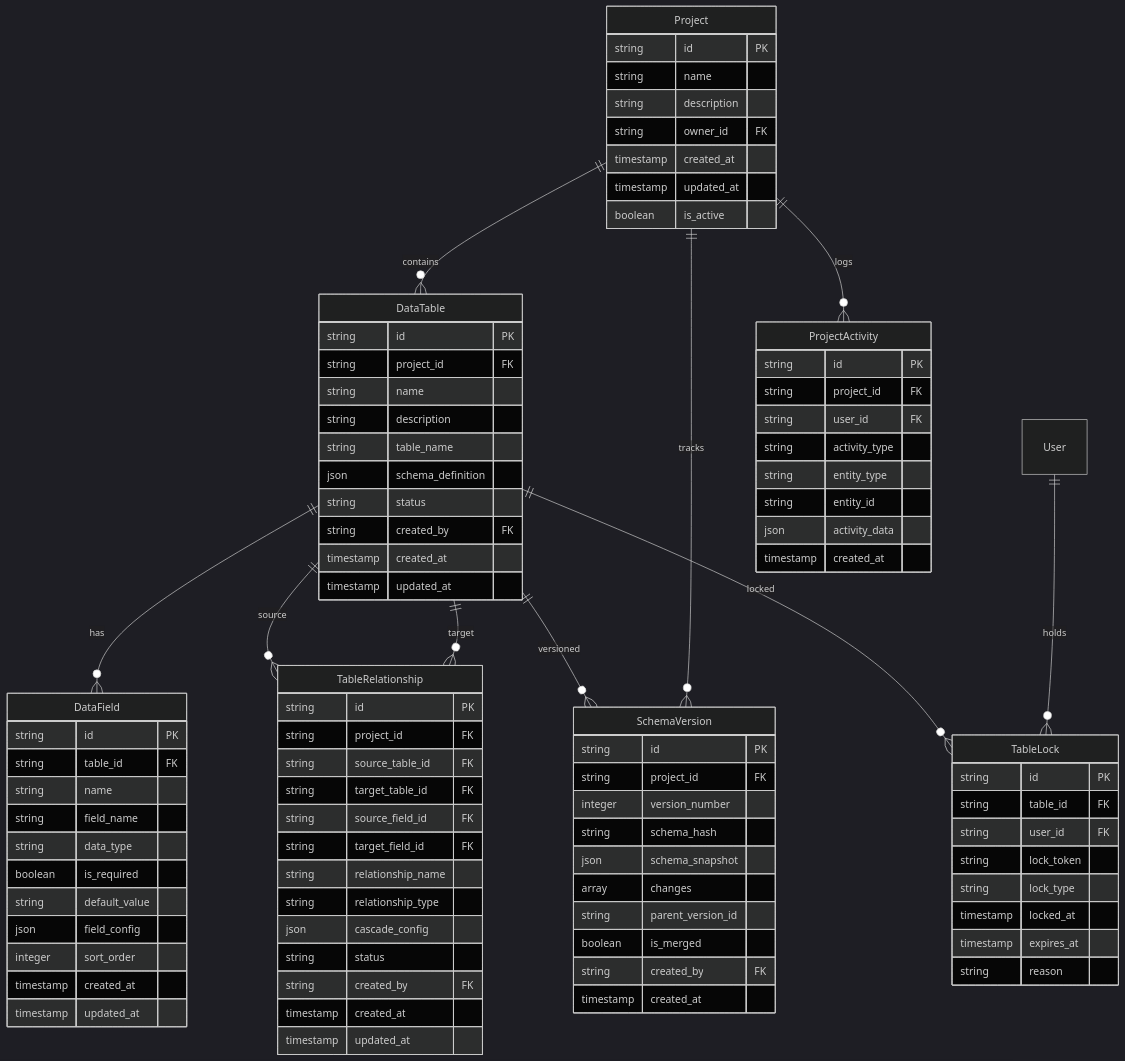
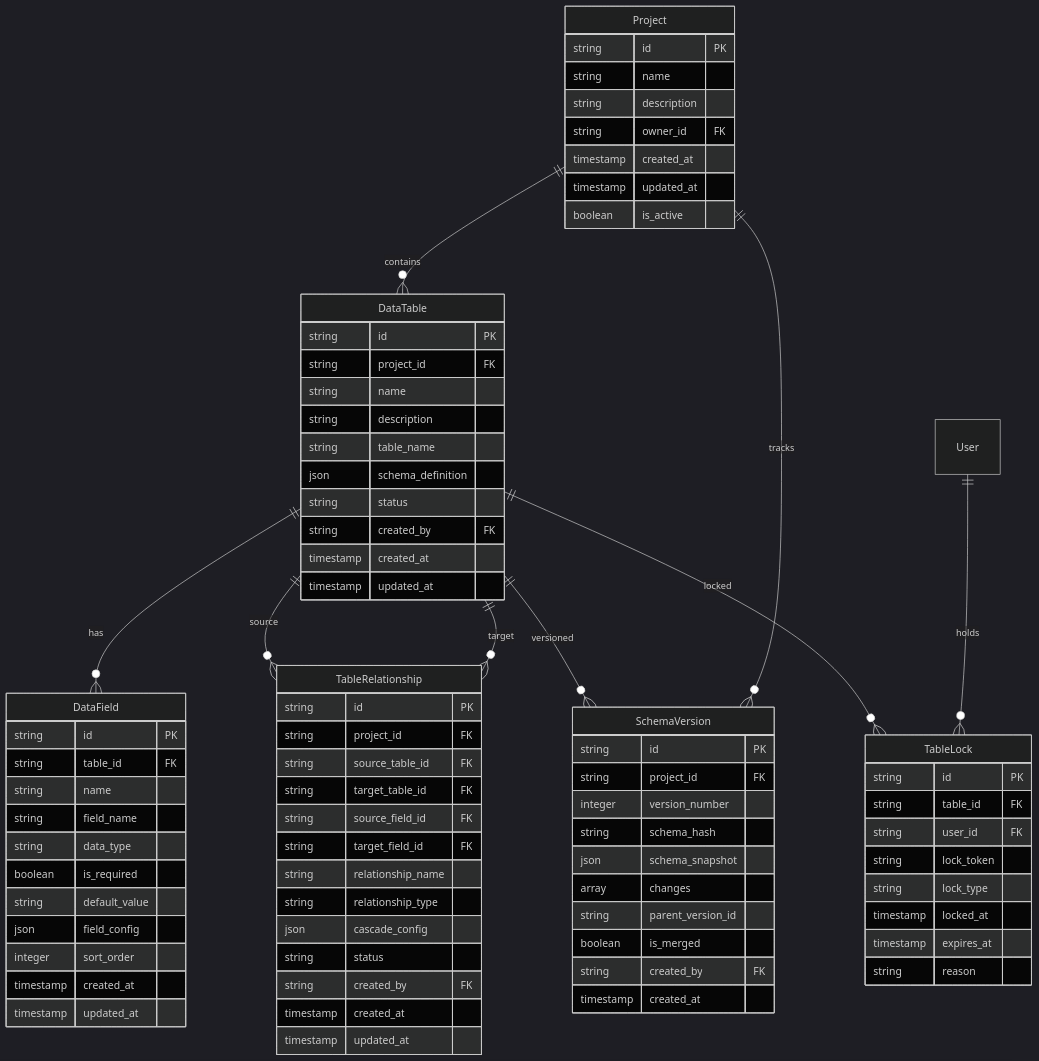
Before and after one commit to xxld0125/low-code-ai: the diagram in specs/002-data-model-designer/data-model.md, drawn with Mermaid (dark theme). The commit also changed other lines of this file and 7 other files, not shown here.

````diff
--- a/specs/002-data-model-designer/data-model.md
+++ b/specs/002-data-model-designer/data-model.md
@@ -16,7 +16,6 @@
     Project ||--o{ SchemaVersion : tracks
     DataTable ||--o{ TableLock : locked
     User ||--o{ TableLock : holds
-    Project ||--o{ ProjectActivity : logs
 
     Project {
         string id PK
@@ -95,14 +94,4 @@
         string reason
     }
 
-    ProjectActivity {
-        string id PK
-        string project_id FK
-        string user_id FK
-        string activity_type
-        string entity_type
-        string entity_id
-        json activity_data
-        timestamp created_at
-    }
 ```
````
